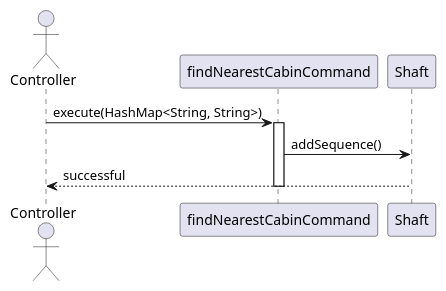
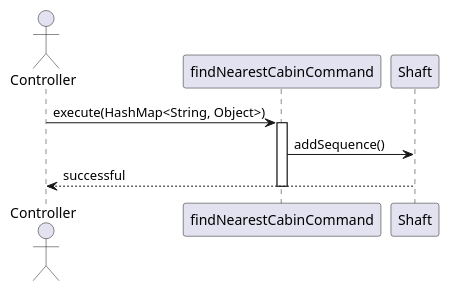
The diagram in src/documentation/command/findNearestCabinCommand.puml (WhiteSnakeE/ElevatorDriver), drawn with PlantUML before and after one commit. The commit also changed 6 other files, not shown here.

Commit message:
E23-17 value in HashMap in execute was changed to Object

```diff
--- a/src/documentation/command/findNearestCabinCommand.puml
+++ b/src/documentation/command/findNearestCabinCommand.puml
@@ -1,11 +1,11 @@
 @startuml
 
 actor Controller
 
-Controller -> findNearestCabinCommand: execute(HashMap<String, String>)
+Controller -> findNearestCabinCommand: execute(HashMap<String, Object>)
 activate findNearestCabinCommand
 findNearestCabinCommand -> Shaft: addSequence()
 Shaft --> Controller: successful
 deactivate findNearestCabinCommand
 
 @enduml
```
